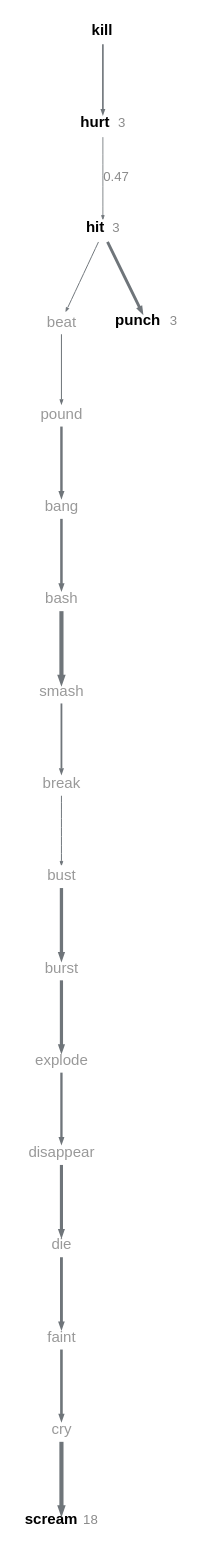
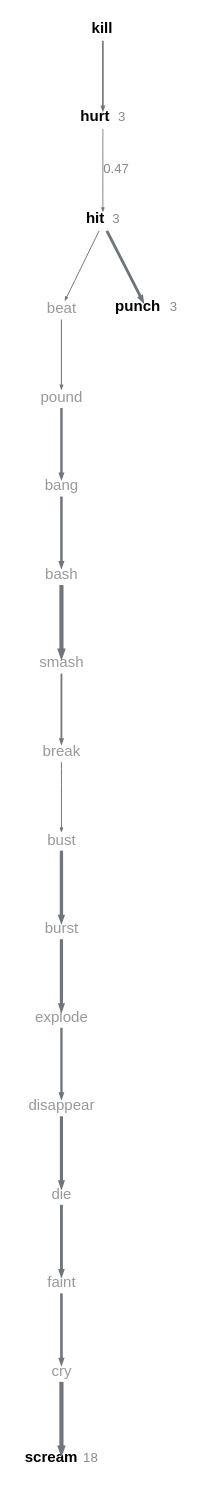
One commit to quadrismegistus/malignment changed the diagram in experiments/displacement/chain_of_connections/figures/ci_chain_faller_n2.dot. Above: the diagram before and after it, drawn with Graphviz. The commit also changed 28 other files, not shown here.

```diff
--- a/experiments/displacement/chain_of_connections/figures/ci_chain_faller_n2.dot
+++ b/experiments/displacement/chain_of_connections/figures/ci_chain_faller_n2.dot
@@ -1,40 +1,40 @@
 digraph {
   graph [bgcolor=white margin=0.02];
-  node [shape=plaintext fontname="Arial" fontsize=8.0 height=0.16 width=0.01 margin="0.01,0.005"];
+  node [shape=plaintext fontname="Arial" fontsize=8.0 height=0.14 width=0.01 margin="0.01,0.005"];
   edge [arrowsize=0.2 color="#6f757a"];
-  "kill" [label=<<B>kill</B>> pos="56.0,348.5!"];
-  "hurt" [label=<<B>hurt</B> <FONT POINT-SIZE="7" COLOR="#8a8a8a">3</FONT>> pos="56.0,306.4!"];
-  "hit" [label=<<B>hit</B> <FONT POINT-SIZE="7" COLOR="#8a8a8a">3</FONT>> pos="56.0,264.2!"];
-  "beat" [label="beat" fontcolor="#999999" pos="56.0,222.1!"];
-  "pound" [label="pound" fontcolor="#999999" pos="56.0,180.0!"];
-  "bang" [label="bang" fontcolor="#999999" pos="56.0,137.9!"];
-  "bash" [label="bash" fontcolor="#999999" pos="56.0,95.8!"];
-  "smash" [label="smash" fontcolor="#999999" pos="56.0,53.6!"];
-  "break" [label="break" fontcolor="#999999" pos="286.0,11.5!"];
-  "bust" [label="bust" fontcolor="#999999" pos="286.0,53.6!"];
-  "burst" [label="burst" fontcolor="#999999" pos="286.0,95.8!"];
-  "explode" [label="explode" fontcolor="#999999" pos="286.0,137.9!"];
-  "disappear" [label="disappear" fontcolor="#999999" pos="286.0,180.0!"];
-  "die" [label="die" fontcolor="#999999" pos="286.0,222.1!"];
-  "faint" [label="faint" fontcolor="#999999" pos="286.0,264.2!"];
-  "cry" [label="cry" fontcolor="#999999" pos="286.0,306.4!"];
-  "scream" [label=<<B>scream</B> <FONT POINT-SIZE="7" COLOR="#8a8a8a">18</FONT>> pos="286.0,348.5!"];
-  "punch" [label=<<B>punch</B> <FONT POINT-SIZE="7" COLOR="#8a8a8a">3</FONT>> pos="25.7,222.1!"];
+  "kill" [label=<<B>kill</B>> pos="16.0,99.4!"];
+  "hurt" [label=<<B>hurt</B> <FONT POINT-SIZE="7" COLOR="#8a8a8a">3</FONT>> pos="85.9,99.4!"];
+  "hit" [label=<<B>hit</B> <FONT POINT-SIZE="7" COLOR="#8a8a8a">3</FONT>> pos="158.1,99.4!"];
+  "beat" [label="beat" fontcolor="#999999" pos="225.8,99.4!"];
+  "pound" [label="pound" fontcolor="#999999" pos="293.6,99.4!"];
+  "burst" [label="burst" fontcolor="#999999" pos="18.2,57.6!"];
+  "bust" [label="bust" fontcolor="#999999" pos="73.7,57.6!"];
+  "break" [label="break" fontcolor="#999999" pos="129.2,57.6!"];
+  "smash" [label="smash" fontcolor="#999999" pos="186.9,57.6!"];
+  "bash" [label="bash" fontcolor="#999999" pos="242.4,57.6!"];
+  "bang" [label="bang" fontcolor="#999999" pos="295.8,57.6!"];
+  "explode" [label="explode" fontcolor="#999999" pos="22.6,33.1!"];
+  "disappear" [label="disappear" fontcolor="#999999" pos="85.6,33.1!"];
+  "die" [label="die" fontcolor="#999999" pos="139.8,33.1!"];
+  "faint" [label="faint" fontcolor="#999999" pos="185.2,33.1!"];
+  "cry" [label="cry" fontcolor="#999999" pos="230.6,33.1!"];
+  "scream" [label=<<B>scream</B> <FONT POINT-SIZE="7" COLOR="#8a8a8a">18</FONT>> pos="284.8,33.1!"];
+  "punch" [label=<<B>punch</B> <FONT POINT-SIZE="7" COLOR="#8a8a8a">3</FONT>> pos="187.9,82.1!"];
   "bang" -> "bash" [penwidth=1.34];
   "bash" -> "smash" [penwidth=2.20];
   "beat" -> "pound" [penwidth=0.54];
   "break" -> "bust" [penwidth=0.52];
   "burst" -> "explode" [penwidth=1.70];
   "bust" -> "burst" [penwidth=1.75];
   "cry" -> "scream" [penwidth=2.20];
   "die" -> "faint" [penwidth=1.53];
   "disappear" -> "die" [penwidth=1.66];
   "explode" -> "disappear" [penwidth=1.23];
   "faint" -> "cry" [penwidth=1.39];
   "hit" -> "beat" [penwidth=0.52];
   "hit" -> "punch" [penwidth=1.53];
   "hurt" -> "hit" [penwidth=0.45 label="0.47" fontname="Arial" fontsize=7 fontcolor="#8a8a8a"];
   "kill" -> "hurt" [penwidth=0.87];
   "pound" -> "bang" [penwidth=1.30];
   "smash" -> "break" [penwidth=0.95];
 }
```
